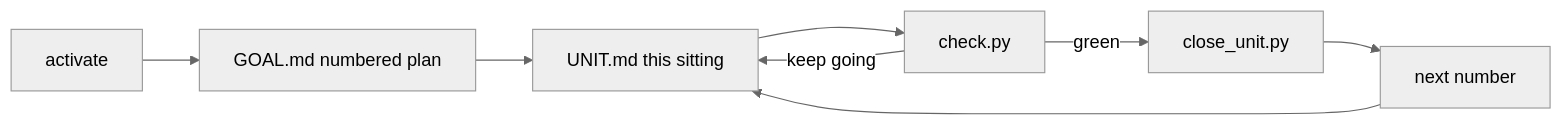
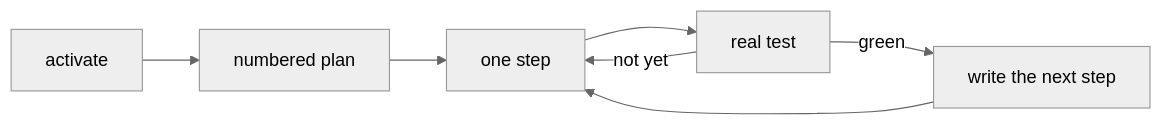
Before and after one commit to msinclair25/glrp: the diagram in README.md, drawn with Mermaid (neutral theme). The commit also changed other lines of this file and 3 other files, not shown here.

````diff
--- a/README.md
+++ b/README.md
@@ -28,10 +26,9 @@
 ```mermaid
 flowchart LR
-  A[activate] --> B[GOAL.md numbered plan]
-  B --> C[UNIT.md this sitting]
-  C --> D[check.py]
-  D -->|keep going| C
-  D -->|green| E[close_unit.py]
-  E --> F[next number]
-  F --> C
+  A[activate] --> B[numbered plan]
+  B --> C[one step]
+  C --> D[real test]
+  D -->|not yet| C
+  D -->|green| E[write the next step]
+  E --> C
 ```
````
